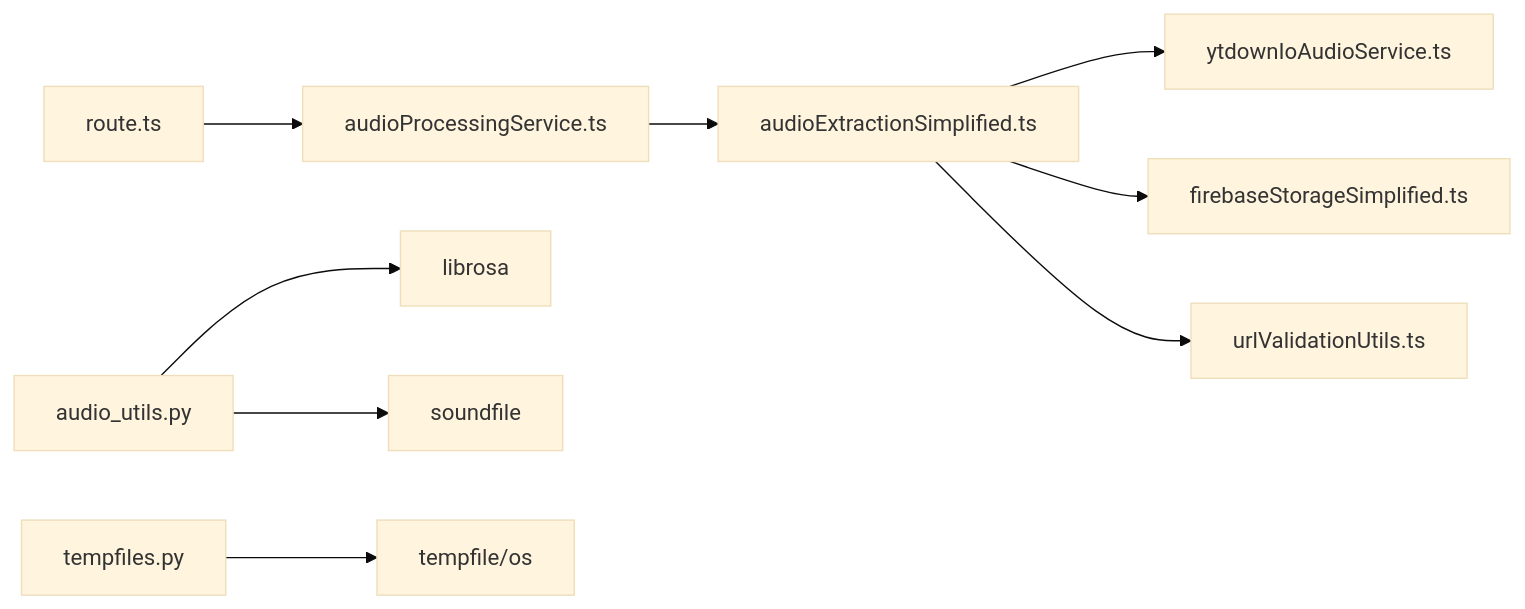
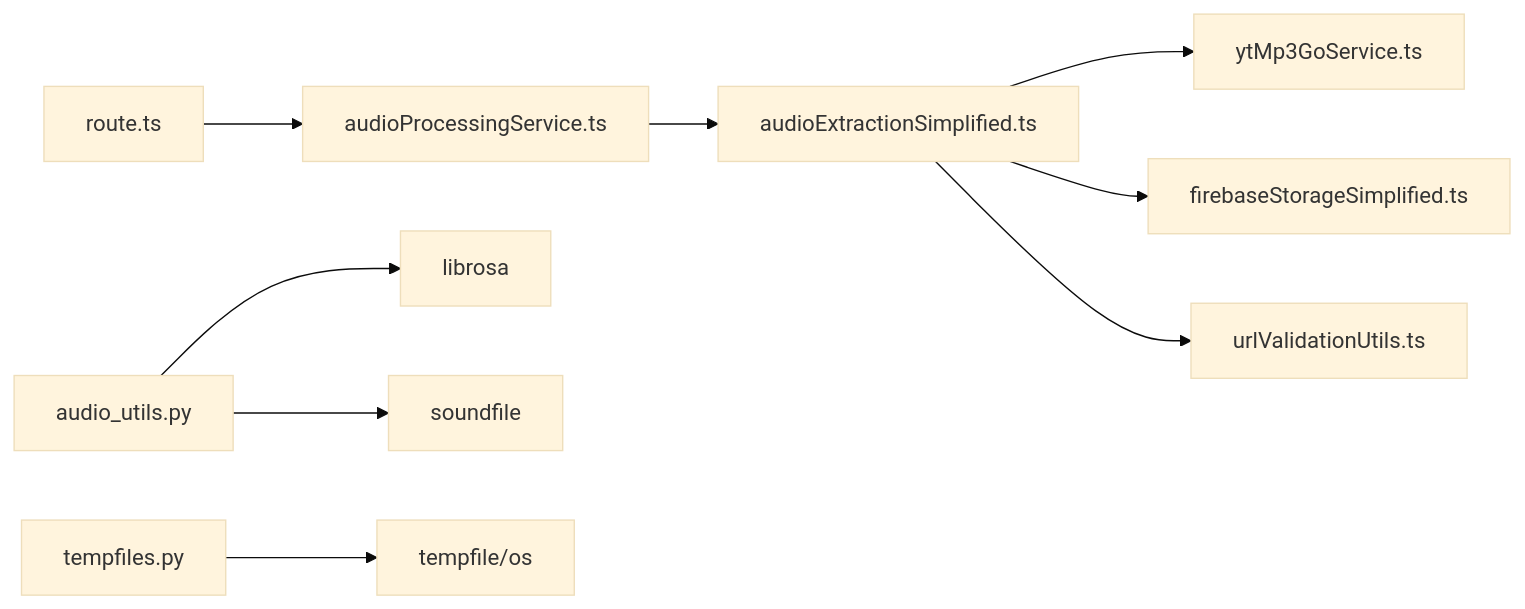
One commit to ptnghia-j/ChordMiniApp changed the seventh of 7 diagrams in .qoder/repowiki/en/content/Audio Processing and Analysis/Audio Pipeline.md. Above: the diagram before and after it, drawn with Mermaid (base theme). The commit also changed other lines of this file and 18 other files, not shown here.

````diff
--- a/.qoder/repowiki/en/content/Audio Processing and Analysis/Audio Pipeline.md
+++ b/.qoder/repowiki/en/content/Audio Processing and Analysis/Audio Pipeline.md
@@ -338,11 +338,11 @@
 ```mermaid
 graph LR
 Route["route.ts"] --> APS["audioProcessingService.ts"]
 APS --> AES["audioExtractionSimplified.ts"]
-AES --> YTIO["ytdownIoAudioService.ts"]
+AES --> YTMP3["ytMp3GoService.ts"]
 AES --> FSS["firebaseStorageSimplified.ts"]
 AES --> UVU["urlValidationUtils.ts"]
 PYA["audio_utils.py"] --> Librosa["librosa"]
 PYA --> SndFile["soundfile"]
 PYT["tempfiles.py"] --> Tmp["tempfile/os"]
 ```
````
